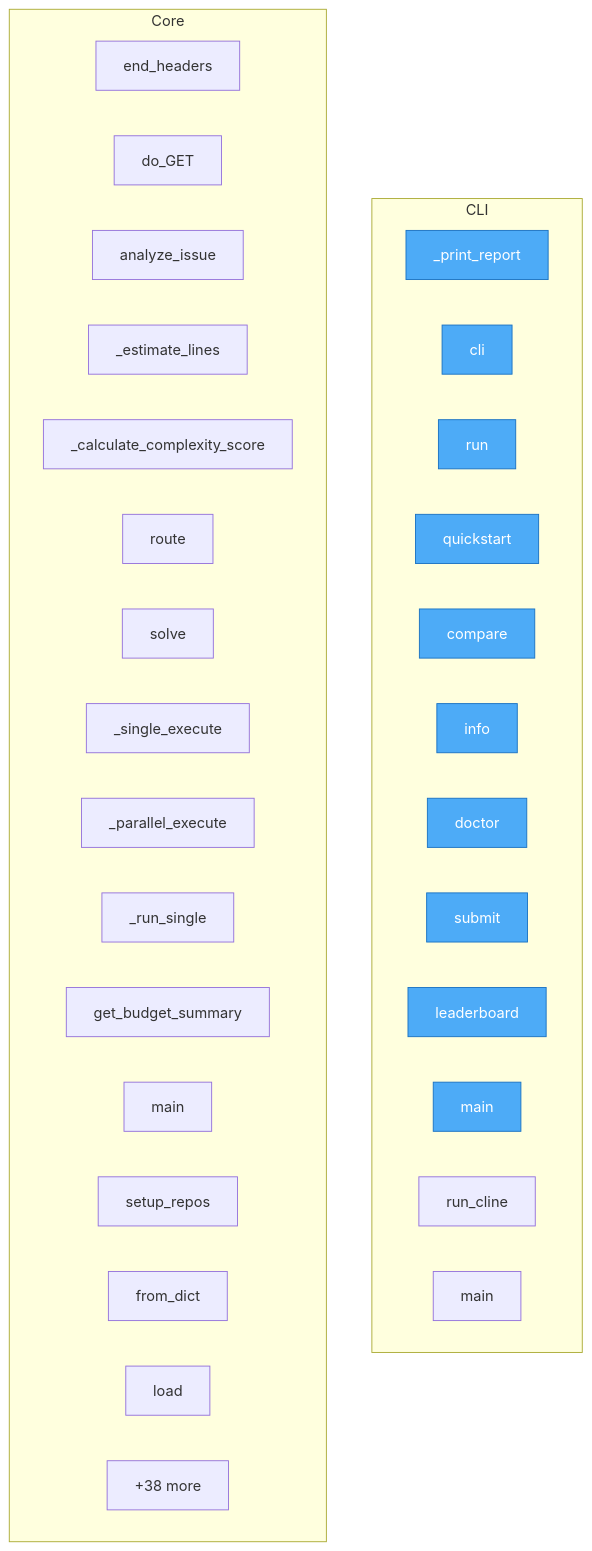
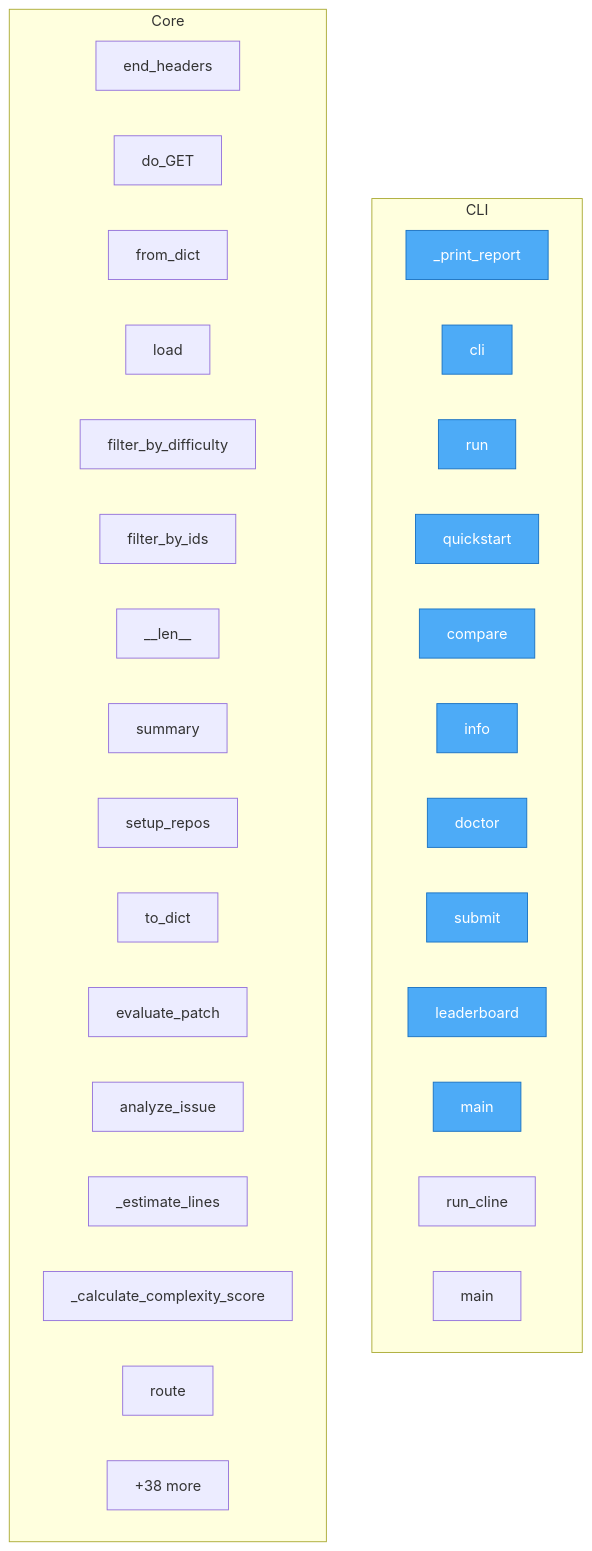
The diagram in project/flow.mmd (semcod/qualbench), drawn with Mermaid before and after one commit. The commit also changed 13 other files, not shown here.

```diff
--- a/project/flow.mmd
+++ b/project/flow.mmd
@@ -1,40 +1,40 @@
 flowchart TD
 
     %% Entry points (blue)
     classDef entry fill:#4dabf7,stroke:#1971c2,color:#fff
 
     subgraph CLI
         qualbench__cli___print_report["_print_report"]
         qualbench__cli__cli["cli"]
         qualbench__cli__run["run"]
         qualbench__cli__quickstart["quickstart"]
         qualbench__cli__compare["compare"]
         qualbench__cli__info["info"]
         qualbench__cli__doctor["doctor"]
         qualbench__cli__submit["submit"]
         qualbench__cli__leaderboard["leaderboard"]
         qualbench__cli__main["main"]
         runners__cline_runner__run_cline["run_cline"]
         runners__cline_runner__main["main"]
     end
 
     subgraph Core
         server__Handler__end_headers["end_headers"]
         server__Handler__do_GET["do_GET"]
+        qualbench__dataset__Issue__from_dict["from_dict"]
+        qualbench__dataset__Dataset__load["load"]
+        qualbench__dataset__Dataset__filter_by_difficulty["filter_by_difficulty"]
+        qualbench__dataset__Dataset__filter_by_ids["filter_by_ids"]
+        qualbench__dataset__Dataset____len__["__len__"]
+        qualbench__dataset__Dataset__summary["summary"]
+        qualbench__utils__repos__setup_repos["setup_repos"]
+        qualbench__evaluation__EvaluationResult__to_dict["to_dict"]
+        qualbench__evaluation__evaluate_patch["evaluate_patch"]
         qualbench__supervisor__SupervisorAI__analyze_issue["analyze_issue"]
         qualbench__supervisor__SupervisorAI___estimate_lines["_estimate_lines"]
         qualbench__supervisor__SupervisorAI___calculate_complexity_score["_calculate_complexity_score"]
         qualbench__supervisor__SupervisorAI__route["route"]
-        qualbench__supervisor__SupervisorAI__solve["solve"]
-        qualbench__supervisor__SupervisorAI___single_execute["_single_execute"]
-        qualbench__supervisor__SupervisorAI___parallel_execute["_parallel_execute"]
-        qualbench__supervisor__SupervisorAI___run_single["_run_single"]
-        qualbench__supervisor__SupervisorAI__get_budget_summary["get_budget_summary"]
-        qualbench__supervisor__main["main"]
-        qualbench__utils__repos__setup_repos["setup_repos"]
-        qualbench__dataset__Issue__from_dict["from_dict"]
-        qualbench__dataset__Dataset__load["load"]
         ...["+38 more"]
     end
 
     class qualbench__cli___print_report,qualbench__cli__cli,qualbench__cli__run,qualbench__cli__quickstart,qualbench__cli__compare,qualbench__cli__info,qualbench__cli__doctor,qualbench__cli__submit,qualbench__cli__leaderboard,qualbench__cli__main entry
```
